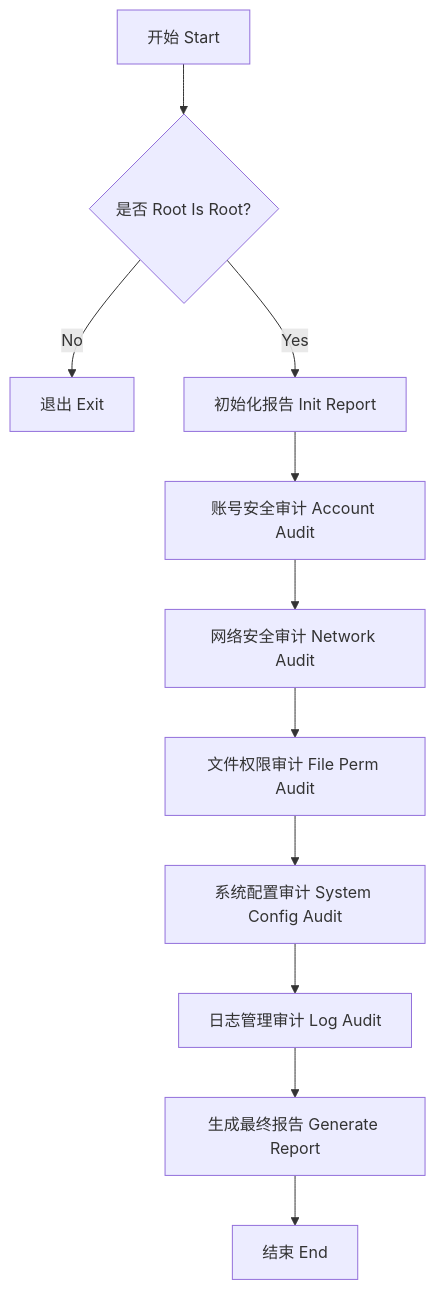
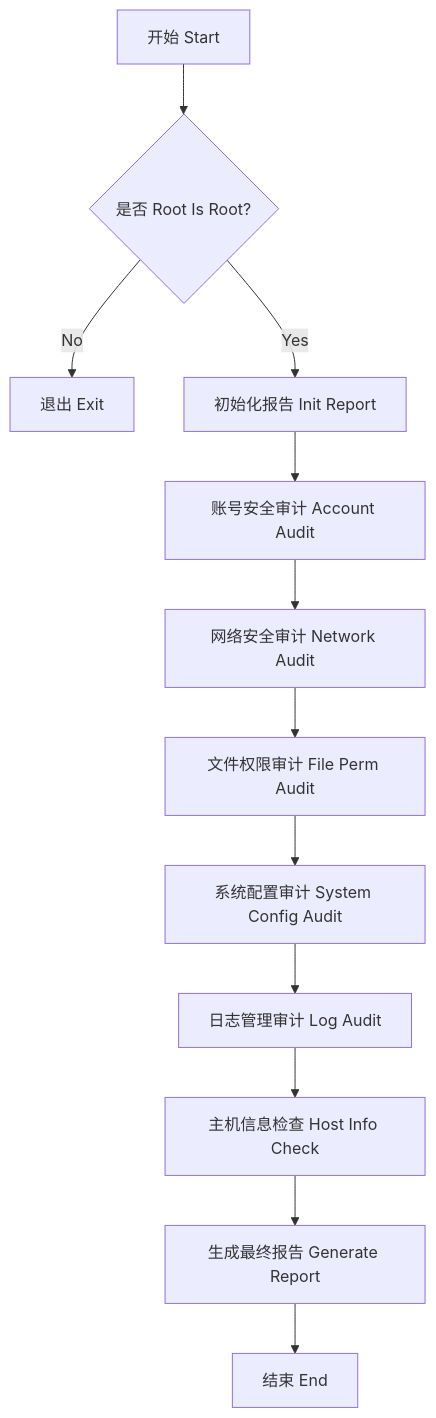
Before and after one commit to yjiefl/antigravity: the diagram in network security/spec.md, drawn with Mermaid. The commit also changed other lines of this file and 2 other files, not shown here.

Commit message:
feat: add comprehensive host info check to audit script

````diff
--- a/network security/spec.md
+++ b/network security/spec.md
@@ -46,13 +47,14 @@
 ```mermaid
 graph TD
     A[开始 Start] --> B{是否 Root Is Root?}
     B -- No --> C[退出 Exit]
     B -- Yes --> D[初始化报告 Init Report]
     D --> E[账号安全审计 Account Audit]
     E --> F[网络安全审计 Network Audit]
     F --> G[文件权限审计 File Perm Audit]
     G --> H[系统配置审计 System Config Audit]
     H --> I[日志管理审计 Log Audit]
-    I --> J[生成最终报告 Generate Report]
+    I --> L[主机信息检查 Host Info Check]
+    L --> J[生成最终报告 Generate Report]
     J --> K[结束 End]
 ```
````
